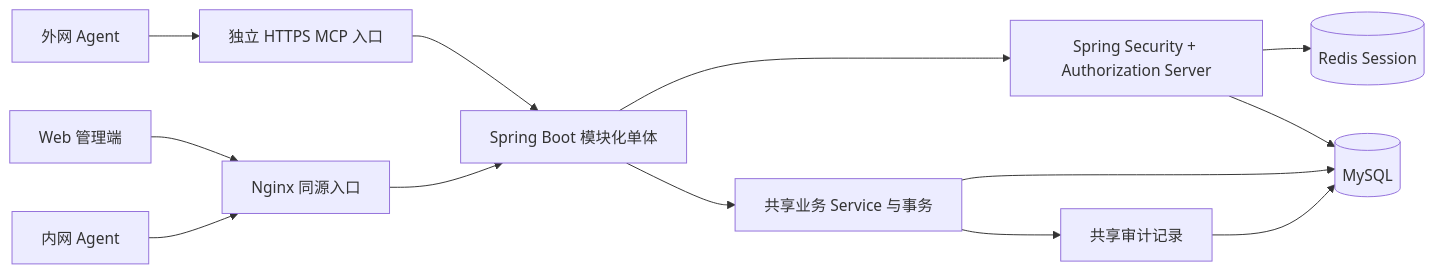
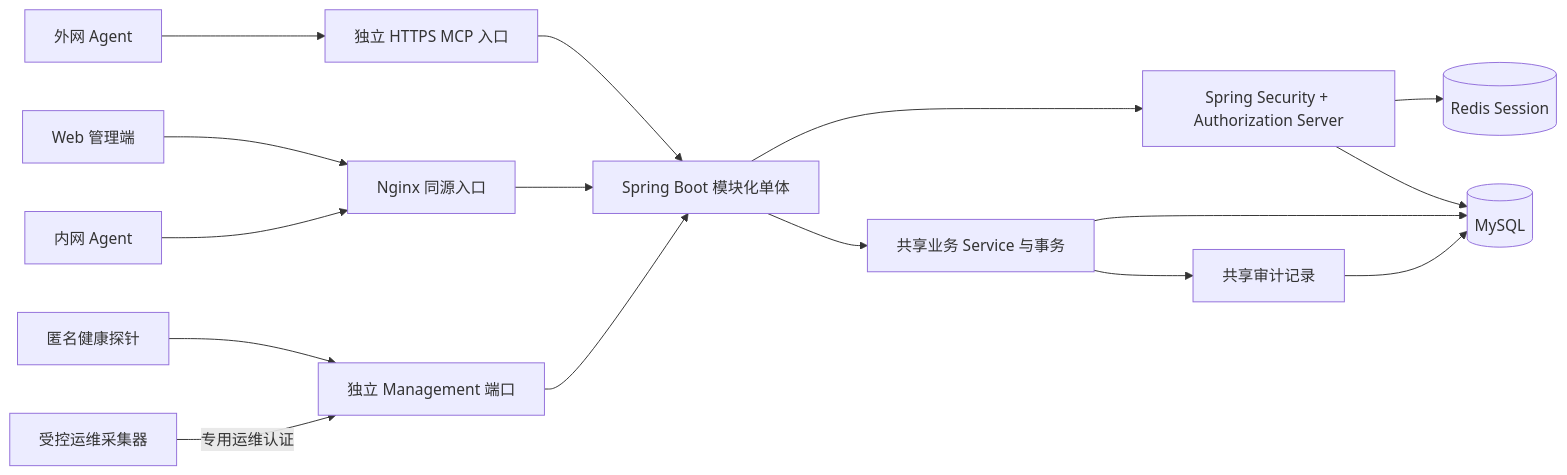
Before and after one commit to mason2048/web-starter: the first of 2 diagrams in docs/architecture.md, drawn with Mermaid. The commit also changed other lines of this file and 446 other files, not shown here.

````diff
--- a/docs/architecture.md
+++ b/docs/architecture.md
@@ -21,15 +21,18 @@
 ```mermaid
 flowchart LR
     Browser["Web 管理端"] --> Nginx["Nginx 同源入口"]
     InternalAgent["内网 Agent"] --> Nginx
     ExternalAgent["外网 Agent"] --> PublicIngress["独立 HTTPS MCP 入口"]
     PublicIngress --> App["Spring Boot 模块化单体"]
     Nginx --> App
+    Probe["匿名健康探针"] --> Management["独立 Management 端口"]
+    Operator["受控运维采集器"] -->|"专用运维认证"| Management
+    Management --> App
     App --> Security["Spring Security + Authorization Server"]
     App --> Services["共享业务 Service 与事务"]
     Services --> MySQL[(MySQL)]
     Security --> Redis[(Redis Session)]
     Security --> MySQL
     Services --> Audit["共享审计记录"]
     Audit --> MySQL
 ```
````
